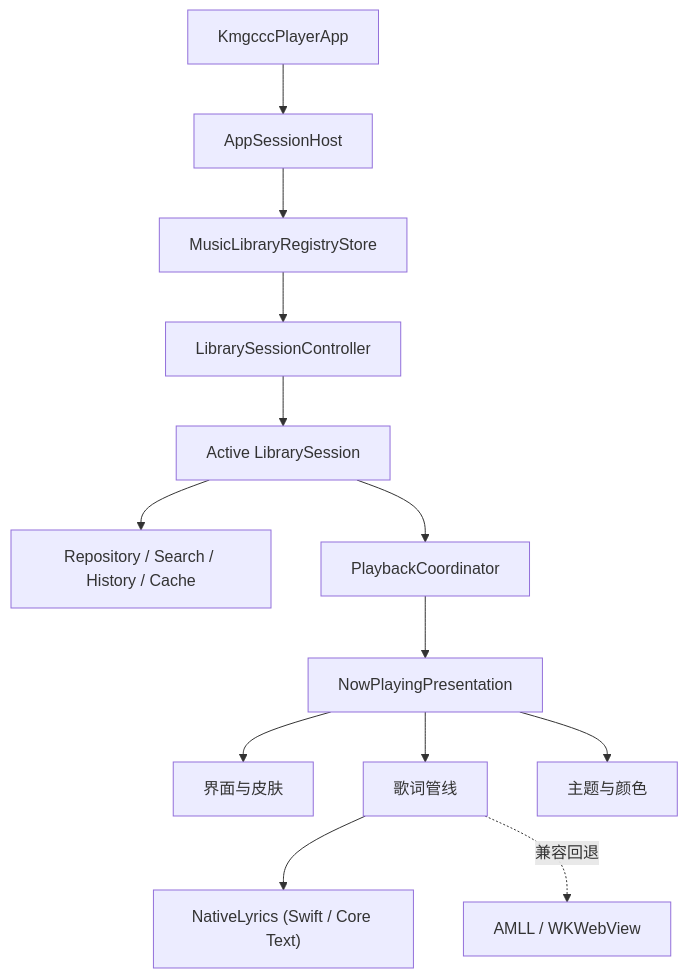
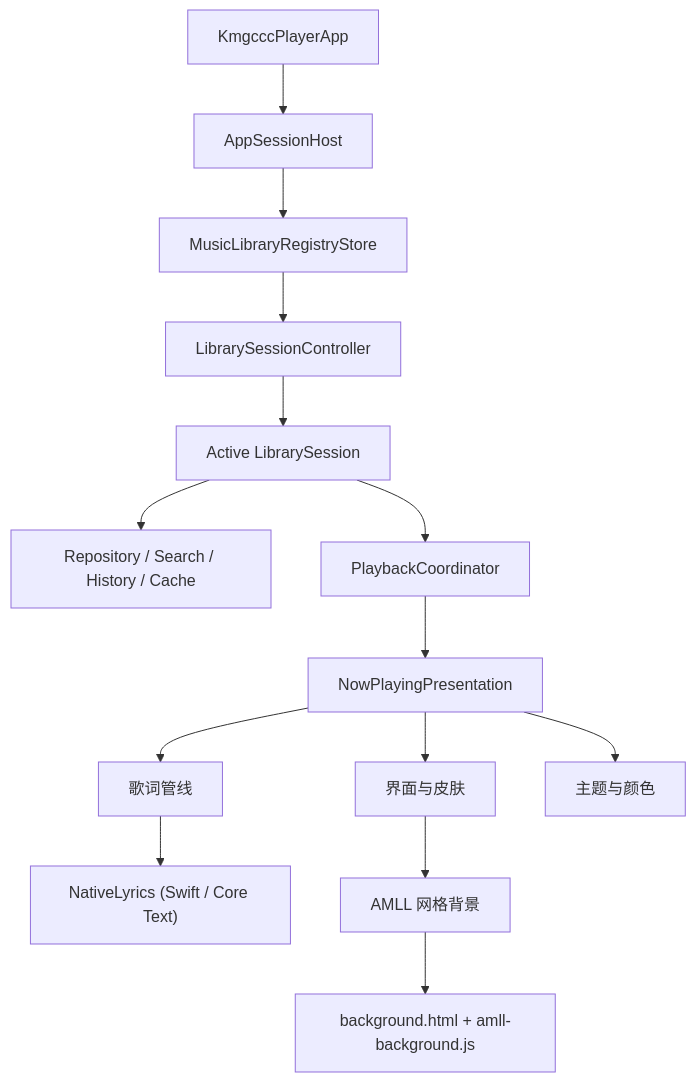
One commit to kmgcc/kmgccc_player changed the diagram in docs/architecture.md. Above: the diagram before and after it, drawn with Mermaid. The commit also changed other lines of this file and 293 other files, not shown here.

````diff
--- a/docs/architecture.md
+++ b/docs/architecture.md
@@ -7,15 +7,16 @@
 ```mermaid
 flowchart TD
     App["KmgcccPlayerApp"] --> Host["AppSessionHost"]
     Host --> Registry["MusicLibraryRegistryStore"]
     Registry --> Controller["LibrarySessionController"]
     Controller --> Session["Active LibrarySession"]
     Session --> Library["Repository / Search / History / Cache"]
     Session --> Playback["PlaybackCoordinator"]
     Playback --> Presentation["NowPlayingPresentation"]
     Presentation --> UI["界面与皮肤"]
     Presentation --> Lyrics["歌词管线"]
     Presentation --> Theme["主题与颜色"]
     Lyrics --> NativeLyrics["NativeLyrics (Swift / Core Text)"]
-    Lyrics -. 兼容回退 .-> AMLL["AMLL / WKWebView"]
+    UI --> MeshBackground["AMLL 网格背景"]
+    MeshBackground --> AMLLBackground["background.html + amll-background.js"]
 ```
````
